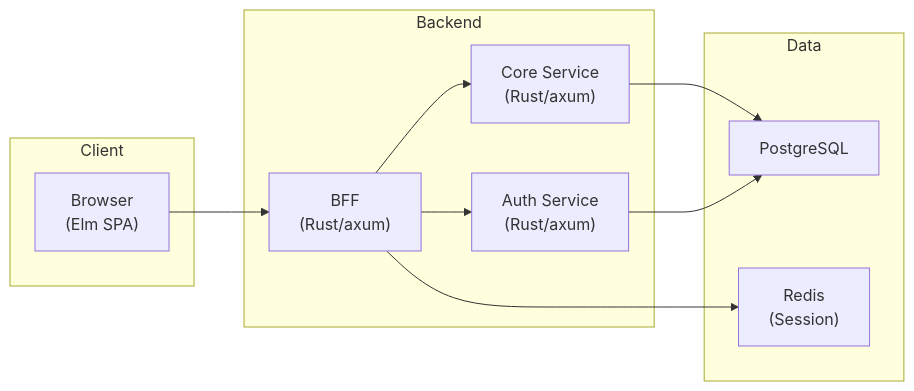
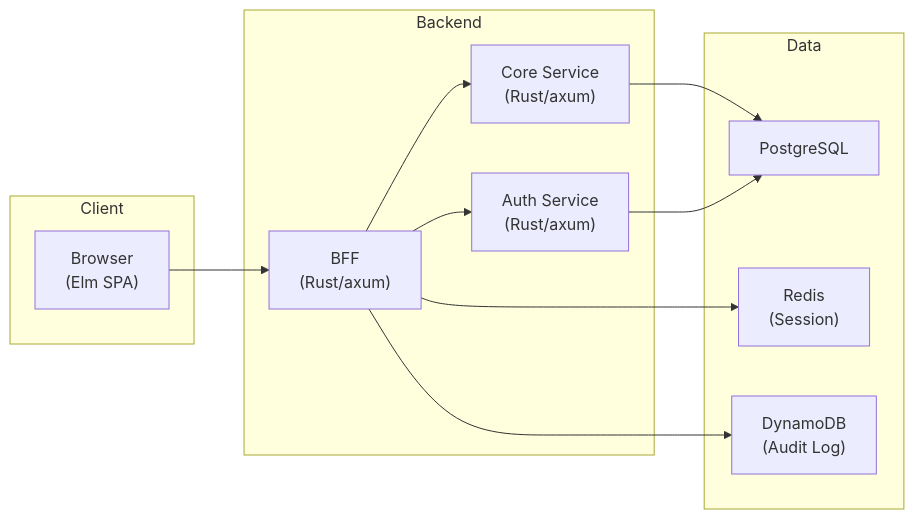
One commit to ka2kama/ringiflow changed the first of 4 diagrams in README.ja.md. Above: the diagram before and after it, drawn with Mermaid. The commit also changed other lines of this file and 2 other files, not shown here.

Commit message:
Add DynamoDB to tech stack and architecture diagram (#684)
## Issue

なし

## Summary

DynamoDB（監査ログ用）が README および CLAUDE.md の技術スタック・アーキテクチャ図から欠落していたため追加。

変更箇所:
- README.md / README.ja.md: Tech Stack テーブルに DynamoDB 追加、Architecture 図に
DynamoDB ノードと BFF → DynamoDB 接続を追加
- CLAUDE.md: インフラ行に DynamoDB 追加

## Self-review

| # | 観点 | 判定 | 確認内容 |
|---|------|------|---------|
| 1 | 接続元の正確性 | OK | `backend/apps/bff/src/config.rs` で DynamoDB
エンドポイントを設定しており、BFF からの接続で正しい |
| 2 | EN/JA の整合 | OK | 両 README で同一の変更 |
| 3 | 既存ドキュメント整合 | OK | ADR-045、アーキテクチャ設計書と矛盾なし |

## Test plan

- [ ] README.md のアーキテクチャ図が GitHub 上で正常にレンダリングされることを確認
- [ ] README.ja.md の同上

🤖 Generated with [Claude Code](https://claude.com/claude-code)

````diff
--- a/README.ja.md
+++ b/README.ja.md
@@ -31,24 +31,26 @@
 ```mermaid
 flowchart LR
     subgraph Client
         Browser["Browser<br/>(Elm SPA)"]
     end
 
     subgraph Backend
         BFF["BFF<br/>(Rust/axum)"]
         Core["Core Service<br/>(Rust/axum)"]
         Auth["Auth Service<br/>(Rust/axum)"]
     end
 
     subgraph Data
         PG["PostgreSQL"]
         Redis["Redis<br/>(Session)"]
+        DynamoDB["DynamoDB<br/>(Audit Log)"]
     end
 
     Browser --> BFF
     BFF --> Core
     BFF --> Auth
     BFF --> Redis
+    BFF --> DynamoDB
     Core --> PG
     Auth --> PG
 ```
````
